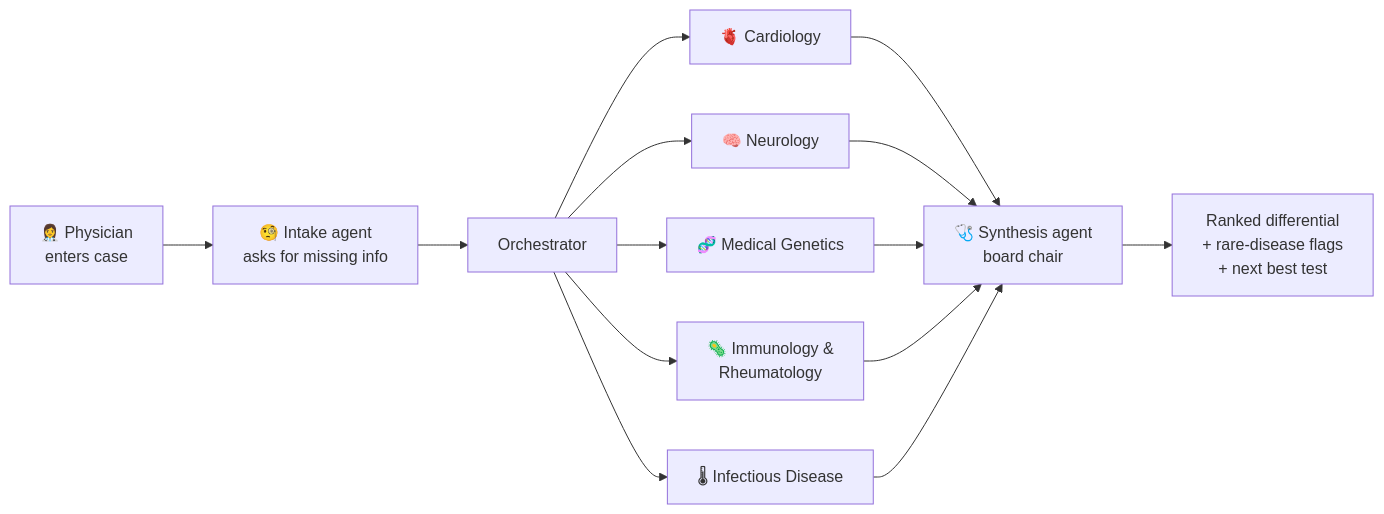
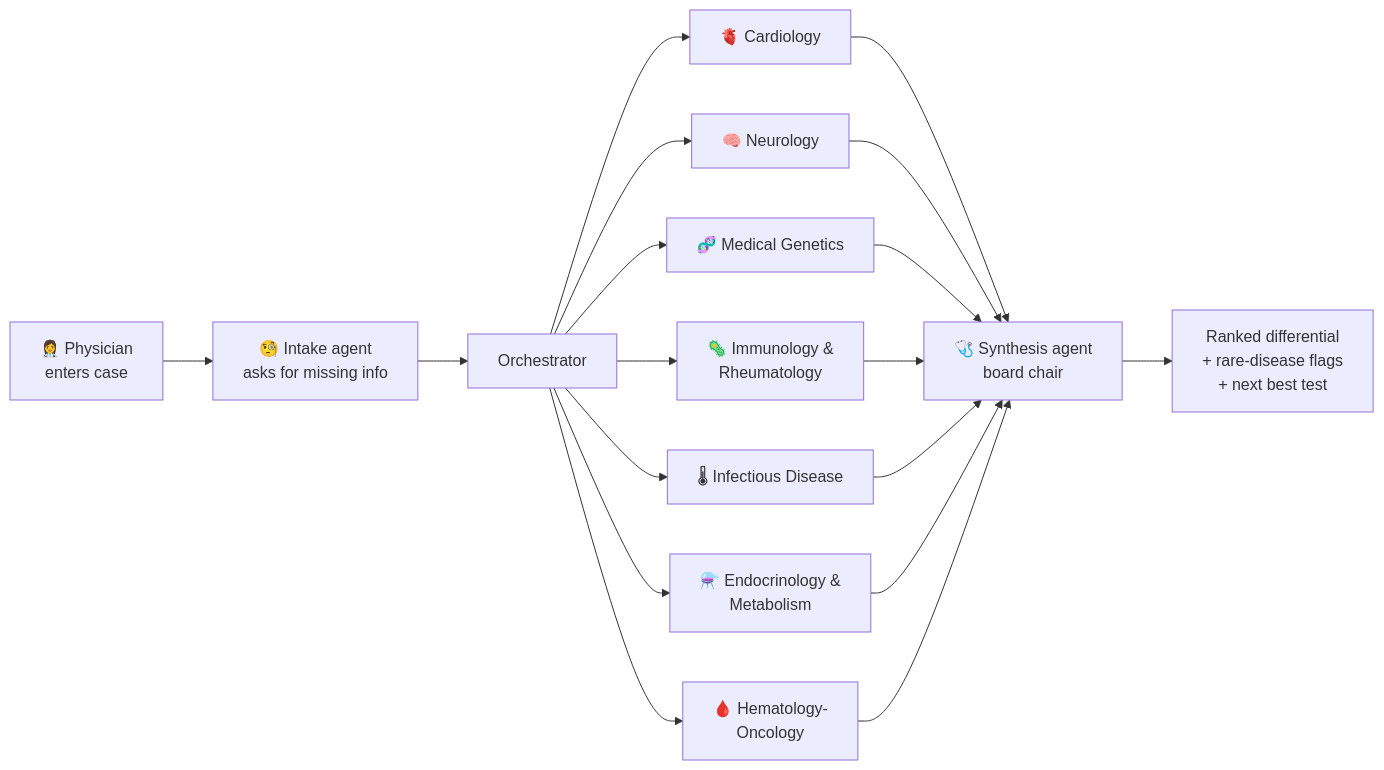
One commit to Wachirawut2023/AegisMed changed the diagram in README.md. Above: the diagram before and after it, drawn with Mermaid. The commit also changed other lines of this file and 8 other files, not shown here.

````diff
--- a/README.md
+++ b/README.md
@@ -24,12 +24,14 @@
 ```mermaid
 flowchart LR
     A[👩‍⚕️ Physician<br>enters case] --> I[🧐 Intake agent<br>asks for missing info]
     I --> B[Orchestrator]
     B --> C1[🫀 Cardiology]
     B --> C2[🧠 Neurology]
     B --> C3[🧬 Medical Genetics]
     B --> C4[🦠 Immunology &<br>Rheumatology]
     B --> C5[🌡 Infectious Disease]
-    C1 & C2 & C3 & C4 & C5 --> D[🩺 Synthesis agent<br>board chair]
+    B --> C6[⚗️ Endocrinology &<br>Metabolism]
+    B --> C7[🩸 Hematology-<br>Oncology]
+    C1 & C2 & C3 & C4 & C5 & C6 & C7 --> D[🩺 Synthesis agent<br>board chair]
     D --> E[Ranked differential<br>+ rare-disease flags<br>+ next best test]
 ```
````
